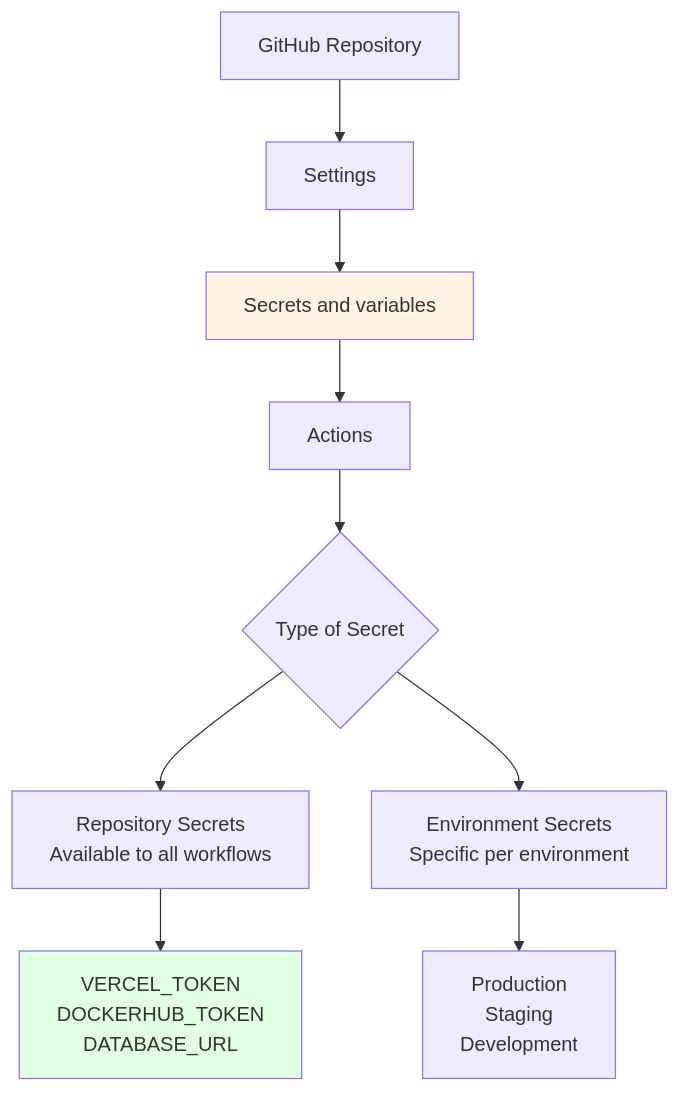
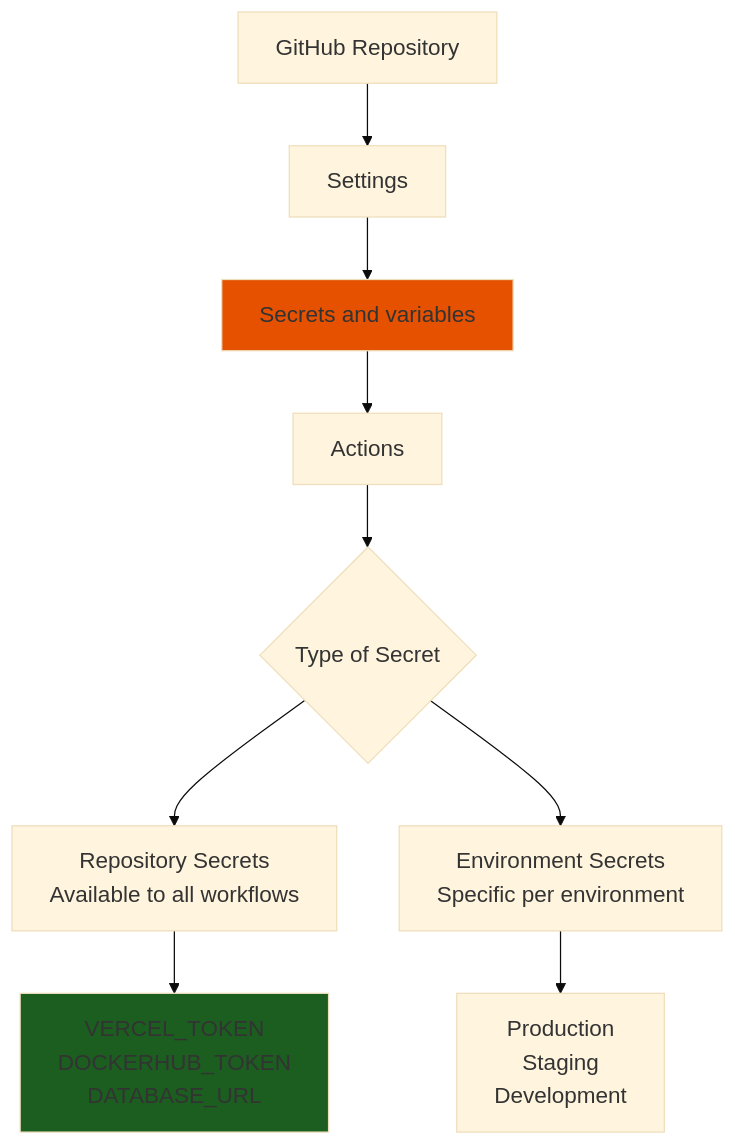
Diagram 11 of 12 in courses/🟡-development/FPUNA-2026/01-DESARROLLO-SOFTWARE/especializaciones/web-development/05-despliegue-ia.md (Ai-Whisperers/Courses-Content), drawn with Mermaid before and after one commit. The commit also changed other lines of this file and 47 other files, not shown here.

First line of the commit message:
fix: Make all 473 diagrams WCAG AAA accessible (FPUNA-2026)

````diff
--- a/courses/🟡-development/FPUNA-2026/01-DESARROLLO-SOFTWARE/especializaciones/web-development/05-despliegue-ia.md
+++ b/courses/🟡-development/FPUNA-2026/01-DESARROLLO-SOFTWARE/especializaciones/web-development/05-despliegue-ia.md
@@ -976,15 +986,16 @@
 ```mermaid
+%%{init: {'theme':'base', 'themeVariables': {'fontSize':'18px'}}}%%
 graph TD
     A[GitHub Repository] --> B[Settings]
     B --> C[Secrets and variables]
     C --> D[Actions]
     D --> E{Type of Secret}
     E --> F[Repository Secrets<br/>Available to all workflows]
     E --> G[Environment Secrets<br/>Specific per environment]
     
     F --> H[VERCEL_TOKEN<br/>DOCKERHUB_TOKEN<br/>DATABASE_URL]
     G --> I[Production<br/>Staging<br/>Development]
     
-    style C fill:#FFF4E1
-    style H fill:#E1FFE1
+    style C fill:#e65100
+    style H fill:#1b5e20
 ```
````
